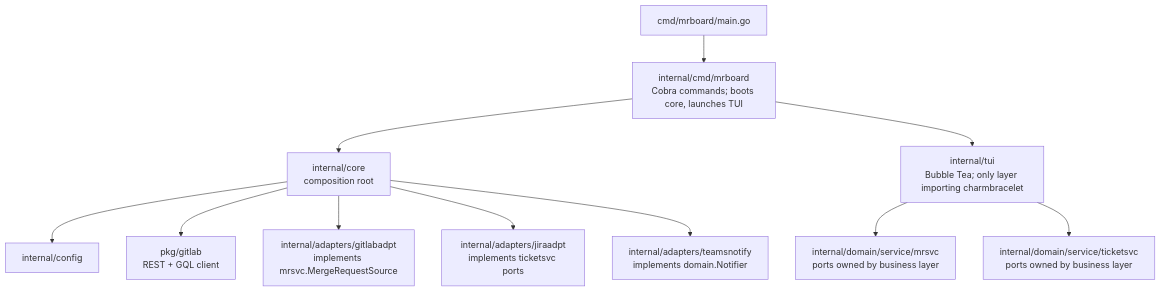
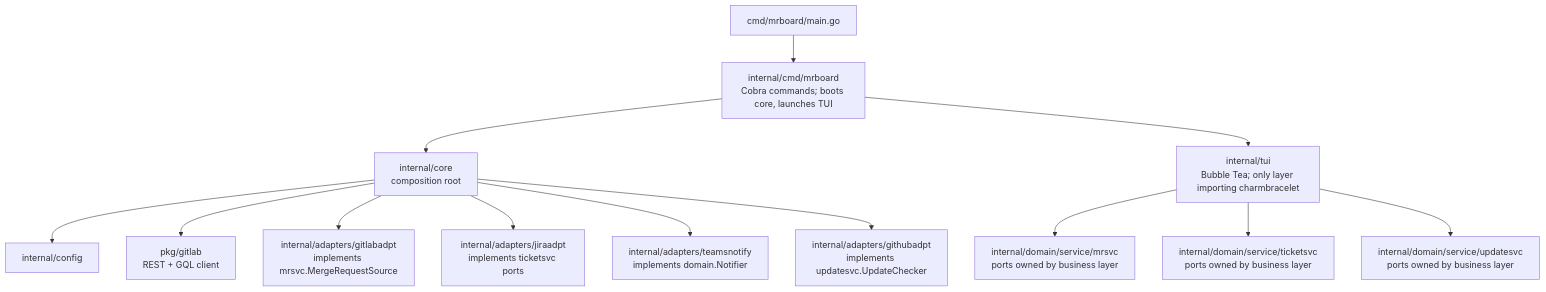
Before and after one commit to ceffo/mrboard: the first of 2 diagrams in docs/architecture.md, drawn with Mermaid. The commit also changed other lines of this file and 3 other files, not shown here.

First line of the commit message:
docs(update): add ADR-0010 and sync architecture docs

````diff
--- a/docs/architecture.md
+++ b/docs/architecture.md
@@ -8,13 +8,15 @@
 ```mermaid
 graph TD
     A["cmd/mrboard/main.go"] --> B["internal/cmd/mrboard<br>Cobra commands; boots core, launches TUI"]
     B --> C["internal/core<br>composition root"]
     C --> D["internal/config"]
     C --> E["pkg/gitlab<br>REST + GQL client"]
     C --> F["internal/adapters/gitlabadpt<br>implements mrsvc.MergeRequestSource"]
     C --> J["internal/adapters/jiraadpt<br>implements ticketsvc ports"]
     C --> K["internal/adapters/teamsnotify<br>implements domain.Notifier"]
+    C --> M["internal/adapters/githubadpt<br>implements updatesvc.UpdateChecker"]
     B --> G["internal/tui<br>Bubble Tea; only layer importing charmbracelet"]
     G --> H["internal/domain/service/mrsvc<br>ports owned by business layer"]
     G --> L["internal/domain/service/ticketsvc<br>ports owned by business layer"]
+    G --> N["internal/domain/service/updatesvc<br>ports owned by business layer"]
 ```
````
